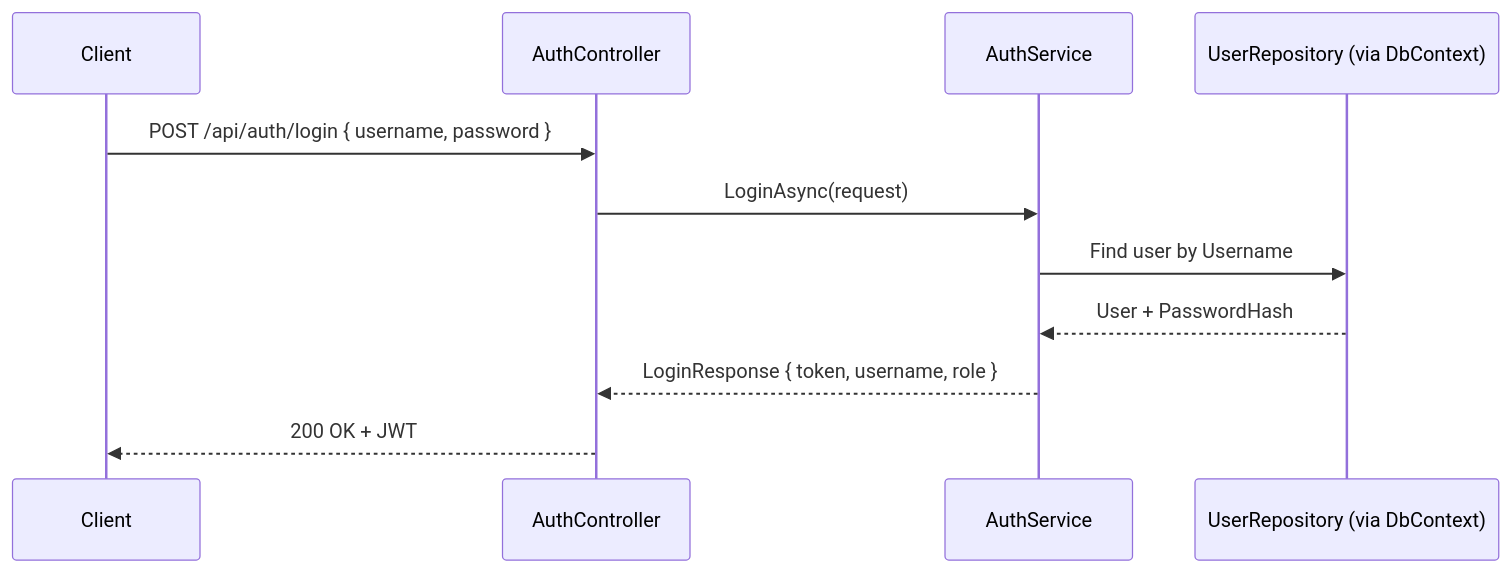
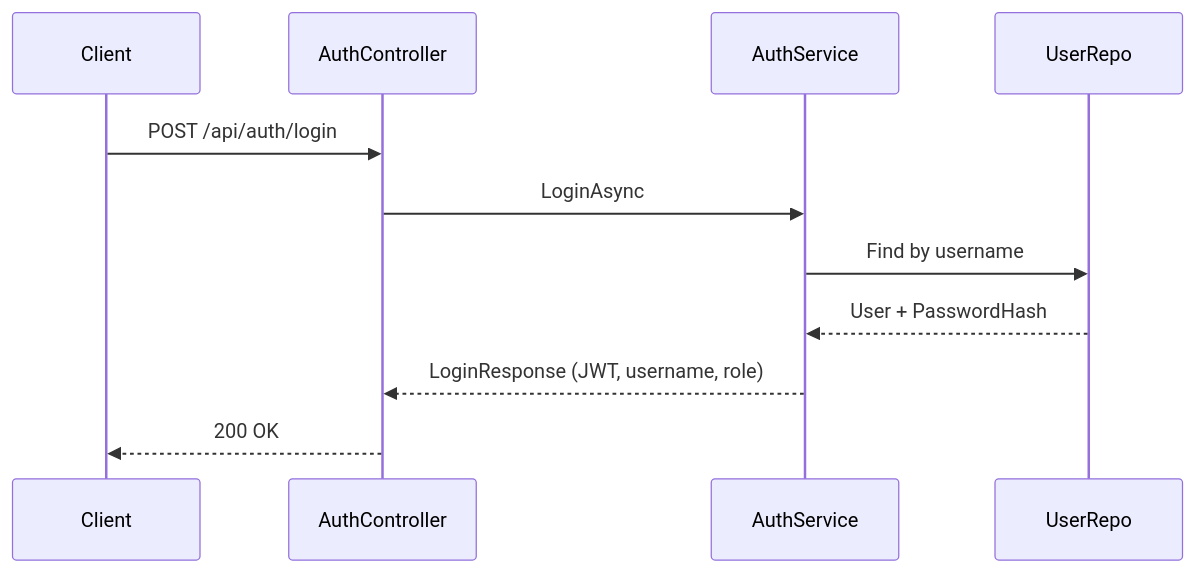
Before and after one commit to akchugh-deloitte/Akshit-AI-Assessment-Project-Tracking: the third of 9 diagrams in docs/DIAGRAMS.md, drawn with Mermaid. The commit also changed other lines of this file, not shown here.

Commit message:
updated flow diagrams

````diff
--- a/docs/DIAGRAMS.md
+++ b/docs/DIAGRAMS.md
@@ -99,14 +99,14 @@
 ```mermaid
 sequenceDiagram
-    participant C as Client
-    participant A as AuthController
-    participant S as AuthService
-    participant U as UserRepository (via DbContext)
+    participant Client
+    participant AuthController
+    participant AuthService
+    participant UserRepo
 
-    C->>A: POST /api/auth/login { username, password }
-    A->>S: LoginAsync(request)
-    S->>U: Find user by Username
-    U-->>S: User + PasswordHash
-    S-->>A: LoginResponse { token, username, role }
-    A-->>C: 200 OK + JWT
+    Client->>AuthController: POST /api/auth/login
+    AuthController->>AuthService: LoginAsync
+    AuthService->>UserRepo: Find by username
+    UserRepo-->>AuthService: User + PasswordHash
+    AuthService-->>AuthController: LoginResponse (JWT, username, role)
+    AuthController-->>Client: 200 OK
 ```
````
